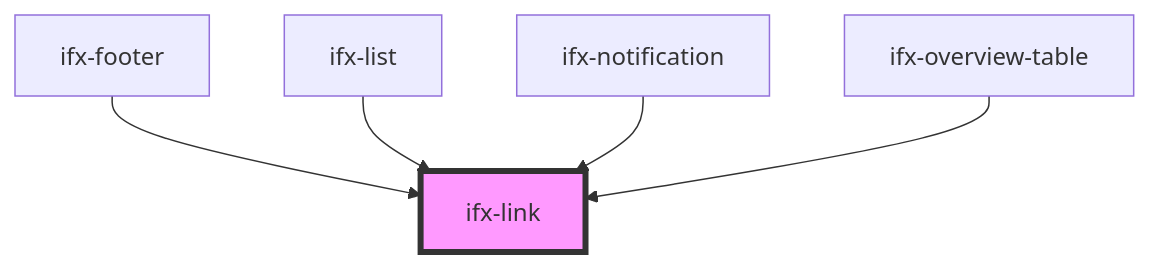
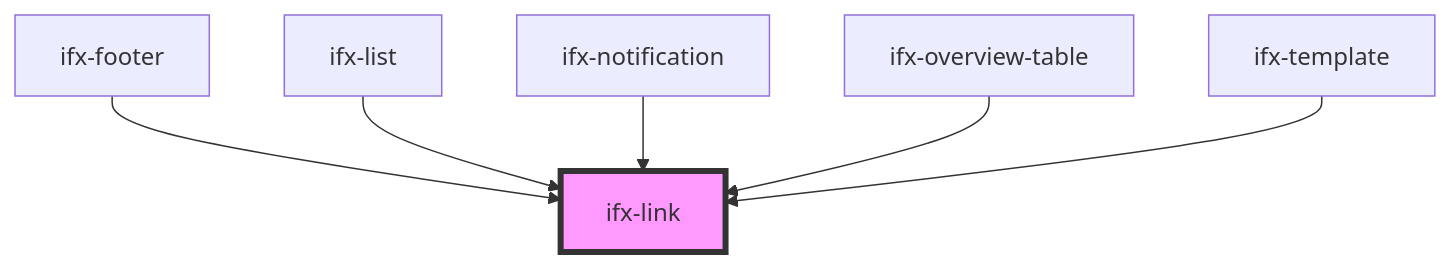
The diagram in packages/components/src/components/link/readme.md (Infineon/infineon-design-system-stencil), drawn with Mermaid before and after one commit. The commit also changed other lines of this file and 9 other files, not shown here.

````diff
--- a/packages/components/src/components/link/readme.md
+++ b/packages/components/src/components/link/readme.md
@@ -29,8 +30,9 @@
 ```mermaid
 graph TD;
   ifx-footer --> ifx-link
   ifx-list --> ifx-link
   ifx-notification --> ifx-link
   ifx-overview-table --> ifx-link
+  ifx-template --> ifx-link
   style ifx-link fill:#f9f,stroke:#333,stroke-width:4px
 ```
````
